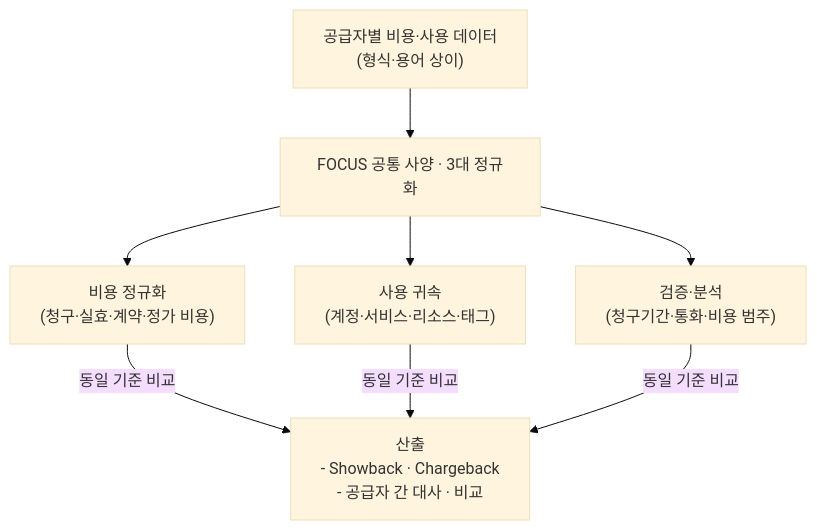
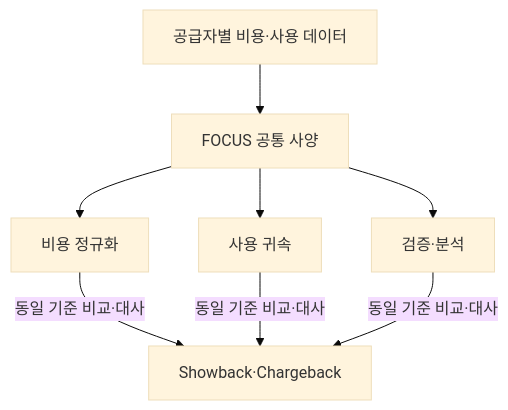
Before and after one commit to agnusdei1207/study: the second of 3 diagrams in src/content/docs/notes/itpe/01-it-strategy/012_finops.md, drawn with Mermaid (base theme). The commit also changed other lines of this file and 19 other files, not shown here.

````diff
--- a/src/content/docs/notes/itpe/01-it-strategy/012_finops.md
+++ b/src/content/docs/notes/itpe/01-it-strategy/012_finops.md
@@ -89,10 +83,8 @@
 ```mermaid
 flowchart TD
-    SRC["공급자별 비용·사용 데이터<br/>(형식·용어 상이)"] --> FOCUS["FOCUS 공통 사양 · 3대 정규화"]
-
-    FOCUS --> F1["비용 정규화<br/>(청구·실효·계약·정가 비용)"]
-    FOCUS --> F2["사용 귀속<br/>(계정·서비스·리소스·태그)"]
-    FOCUS --> F3["검증·분석<br/>(청구기간·통화·비용 범주)"]
-
-    F1 & F2 & F3 -->|동일 기준 비교| OUT["산출<br/>- Showback · Chargeback<br/>- 공급자 간 대사 · 비교"]
+    SRC["공급자별 비용·사용 데이터"] --> FOCUS["FOCUS 공통 사양"]
+    FOCUS --> F1["비용 정규화"]
+    FOCUS --> F2["사용 귀속"]
+    FOCUS --> F3["검증·분석"]
+    F1 & F2 & F3 -->|"동일 기준 비교·대사"| OUT["Showback·Chargeback"]
 ```
````
